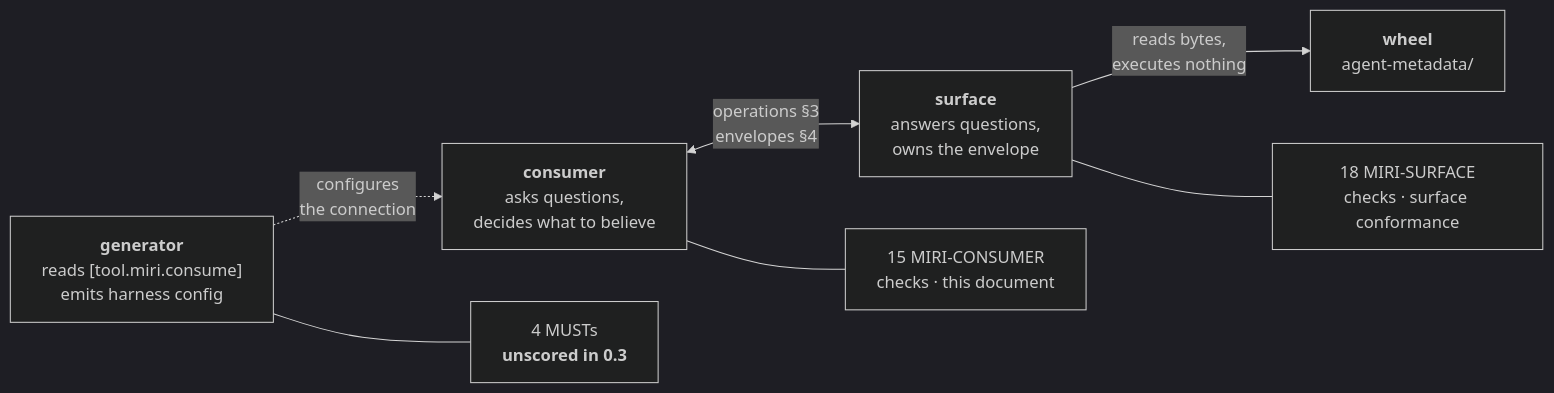
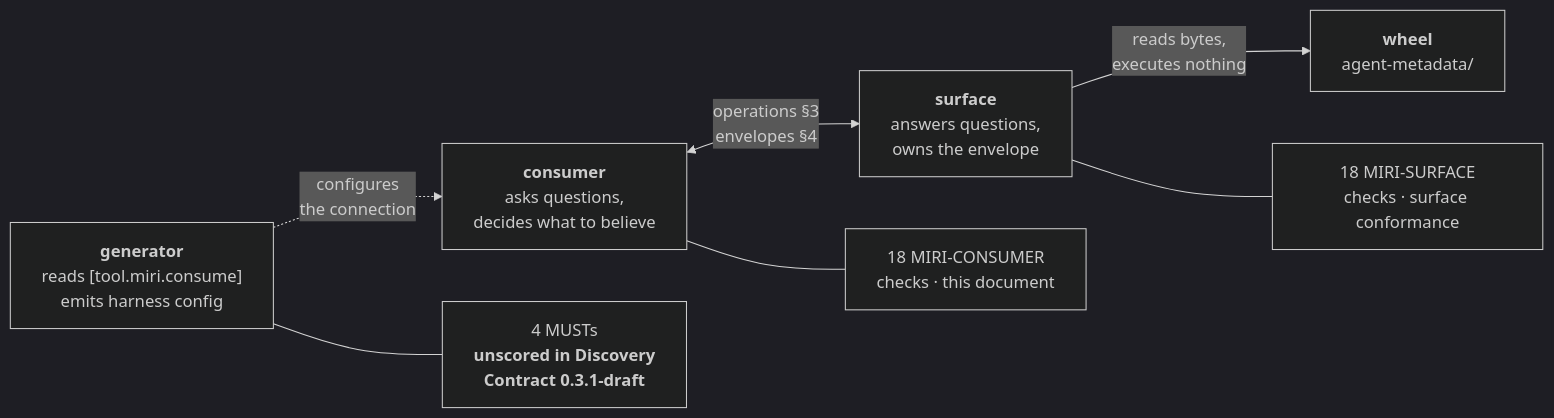
The second of 2 diagrams in standards/consumption/consumer-conformance.md (miri-whl/miri-standard), drawn with Mermaid (dark theme) before and after one commit. The commit also changed other lines of this file and 156 other files, not shown here.

````diff
--- a/standards/consumption/consumer-conformance.md
+++ b/standards/consumption/consumer-conformance.md
@@ -152,15 +152,15 @@
 ```mermaid
 flowchart LR
     G["<b>generator</b><br/>reads [tool.miri.consume]<br/>emits harness config"]
     C["<b>consumer</b><br/>asks questions,<br/>decides what to believe"]
     S["<b>surface</b><br/>answers questions,<br/>owns the envelope"]
     W["<b>wheel</b><br/>agent-metadata/"]
 
     C <-->|"operations §3<br/>envelopes §4"| S
     S -->|"reads bytes,<br/>executes nothing"| W
     G -.->|"configures<br/>the connection"| C
 
-    G --- GN["4 MUSTs<br/><b>unscored in 0.3</b>"]
-    C --- CN["15 MIRI-CONSUMER<br/>checks · this document"]
+    G --- GN["4 MUSTs<br/><b>unscored in Discovery<br/>Contract 0.3.1-draft</b>"]
+    C --- CN["18 MIRI-CONSUMER<br/>checks · this document"]
     S --- SN["18 MIRI-SURFACE<br/>checks · surface conformance"]
 ```
````
